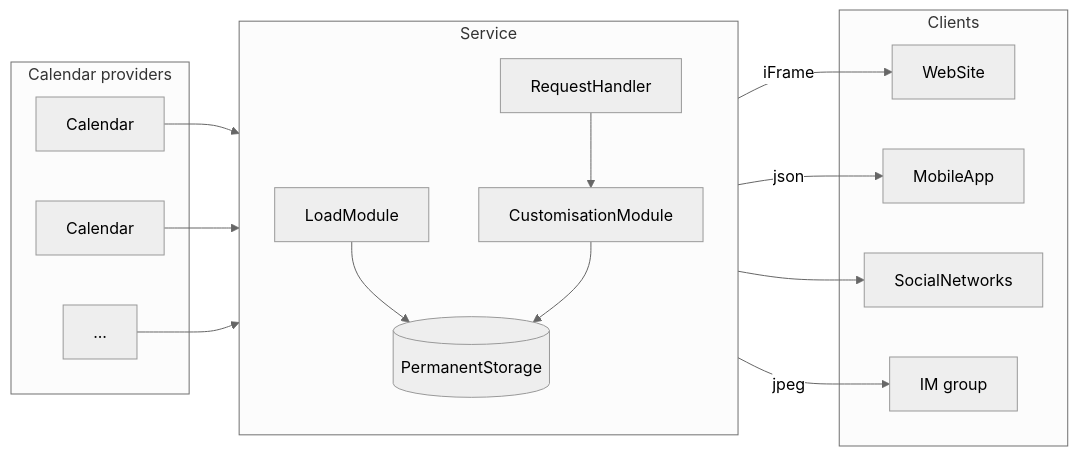
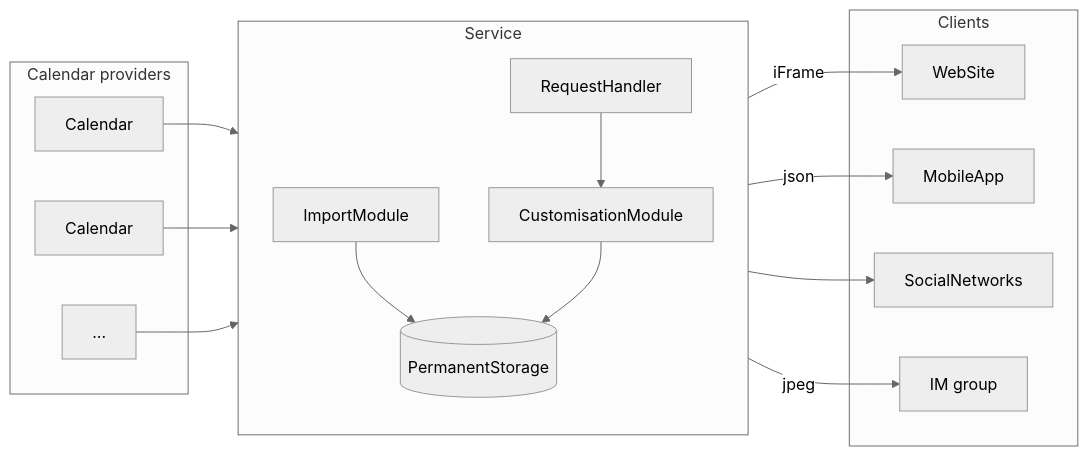
Before and after one commit to GHopperMSK/schedule-manager: the third of 4 diagrams in README.md, drawn with Mermaid (neutral theme). The commit also changed other lines of this file, not shown here.

````diff
--- a/README.md
+++ b/README.md
@@ -91,23 +140,23 @@
 ```mermaid
 flowchart LR
     subgraph calendar_providers ["Calendar providers"]
         BS1[Calendar] & BS2[Calendar] & BSX[...]
     end
     subgraph service ["Service"]
-        LM[LoadModule]
+        LM[ImportModule]
         CM[CustomisationModule]
         PS[(PermanentStorage)]
 
         LM --> PS[(PermanentStorage)]
         CM --> PS
         RequestHandler[RequestHandler] --> CM
     end
     BS1 & BS2 & BSX --> service
     subgraph calendar_customers ["Clients"]
         CL1[WebSite] & CL2[MobileApp] & CL3[SocialNetworks] &  CLX[IM group]
     end
     service --> |iFrame| CL1
     service --> |json| CL2
     service --> CL3
     service -->|jpeg| CLX
 ```
````
